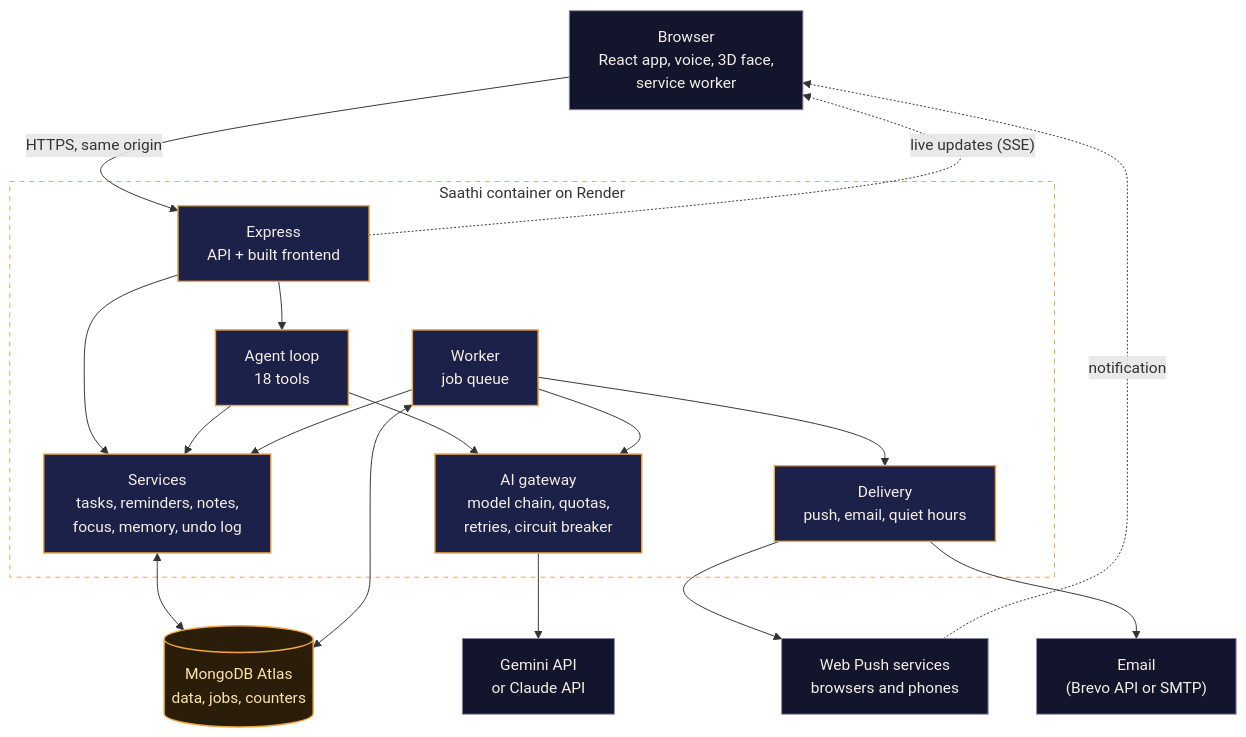
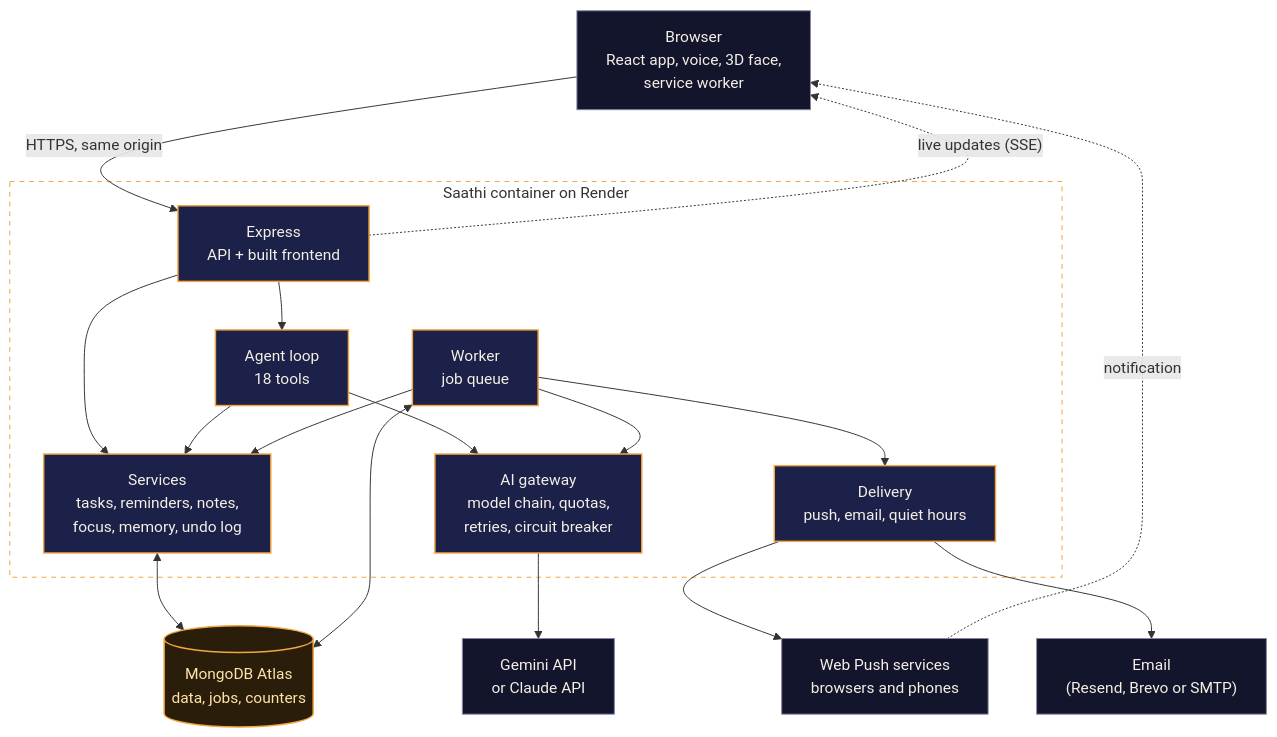
The diagram in README.md (harisharma81182-hash/saathi), drawn with Mermaid before and after one commit. The commit also changed other lines of this file and 11 other files, not shown here.

First line of the commit message:
Email through Resend's HTTPS API first (then Brevo, SMTP, log only)

````diff
--- a/README.md
+++ b/README.md
@@ -249,29 +249,29 @@
 ```mermaid
 flowchart TB
     U["Browser<br/>React app, voice, 3D face,<br/>service worker"] -- "HTTPS, same origin" --> W
     subgraph R["Saathi container on Render"]
         W["Express<br/>API + built frontend"] --> S["Services<br/>tasks, reminders, notes,<br/>focus, memory, undo log"]
         W --> A["Agent loop<br/>18 tools"]
         A --> S
         A --> G["AI gateway<br/>model chain, quotas,<br/>retries, circuit breaker"]
         J["Worker<br/>job queue"] --> S
         J --> G
         J --> D["Delivery<br/>push, email, quiet hours"]
     end
     S <--> M[("MongoDB Atlas<br/>data, jobs, counters")]
     J <--> M
     G --> AI["Gemini API<br/>or Claude API"]
     D --> P["Web Push services<br/>browsers and phones"]
-    D --> E["Email<br/>(Brevo API or SMTP)"]
+    D --> E["Email<br/>(Resend, Brevo or SMTP)"]
     P -. notification .-> U
     W -. "live updates (SSE)" .-> U
     W ~~~ J
 
     classDef app fill:#1B2148,stroke:#F2A541,color:#F5EFE6,stroke-width:1.5px
     classDef ext fill:#12152B,stroke:#8A86A6,color:#F5EFE6
     classDef data fill:#2A1E0B,stroke:#F2A541,color:#FFE3A8,stroke-width:1.5px
     class W,S,A,G,J,D app
     class U,AI,P,E ext
     class M data
     style R fill:transparent,stroke:#F2A541,stroke-dasharray: 5 5
 ```
````
